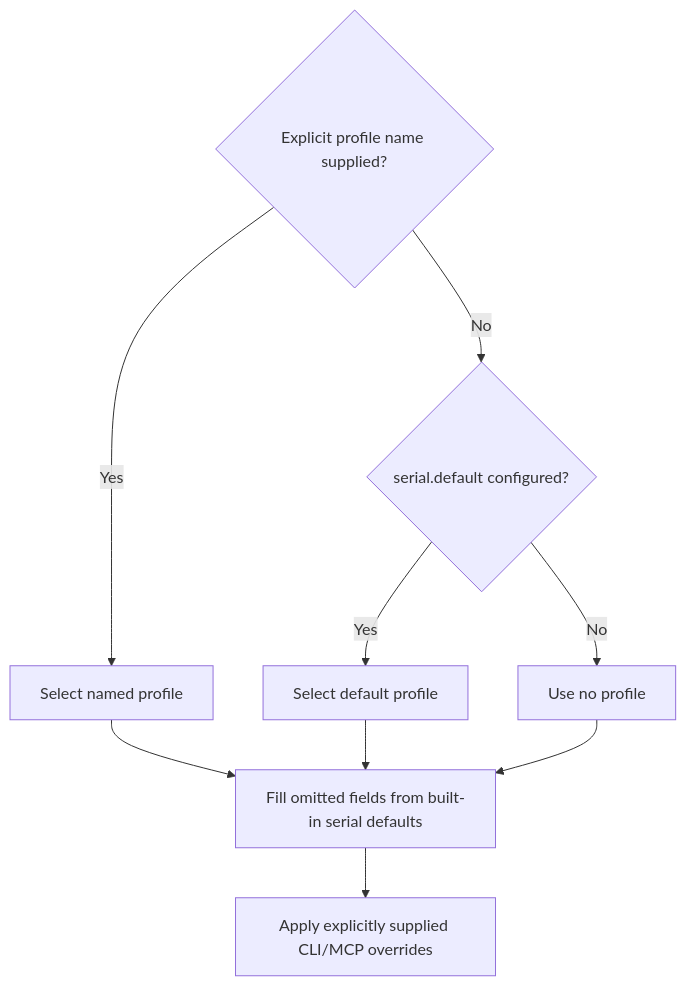
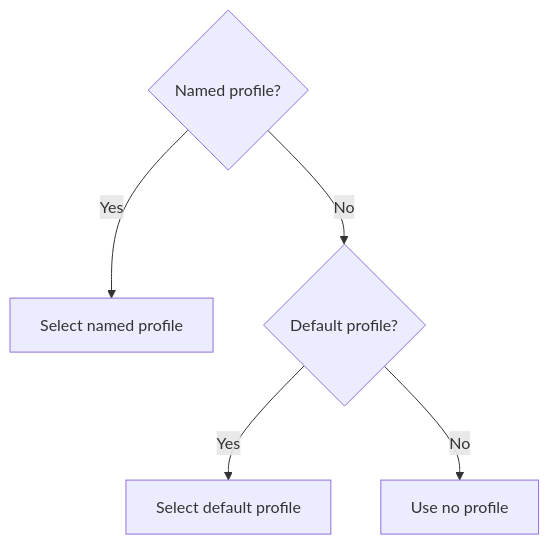
One commit to akira-init1/ChannelTerm changed the diagram in docs/reference/configuration.md. Above: the diagram before and after it, drawn with Mermaid. The commit also changed other lines of this file and 13 other files, not shown here.

First line of the commit message:
docs(diagrams): clarify shared terminal and debugger data flows

````diff
--- a/docs/reference/configuration.md
+++ b/docs/reference/configuration.md
@@ -89,12 +91,8 @@
 ```mermaid
-flowchart TD
-    A{"Explicit profile name supplied?"}
-    A -->|Yes| B["Select named profile"]
-    A -->|No| C{"serial.default configured?"}
-    C -->|Yes| D["Select default profile"]
-    C -->|No| E["Use no profile"]
-    B --> F["Fill omitted fields from built-in serial defaults"]
-    D --> F
-    E --> F
-    F --> G["Apply explicitly supplied CLI/MCP overrides"]
+flowchart TB
+    named{"Named profile?"}
+    named -->|"Yes"| selected["Select named profile"]
+    named -->|"No"| fallback{"Default profile?"}
+    fallback -->|"Yes"| defaults["Select default profile"]
+    fallback -->|"No"| empty["Use no profile"]
 ```
````
